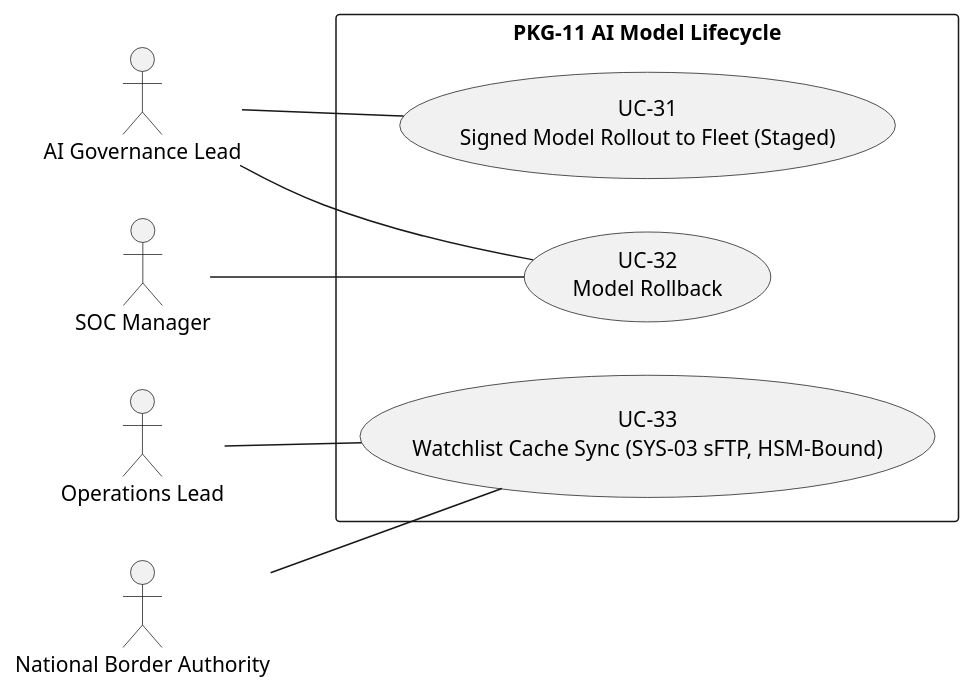
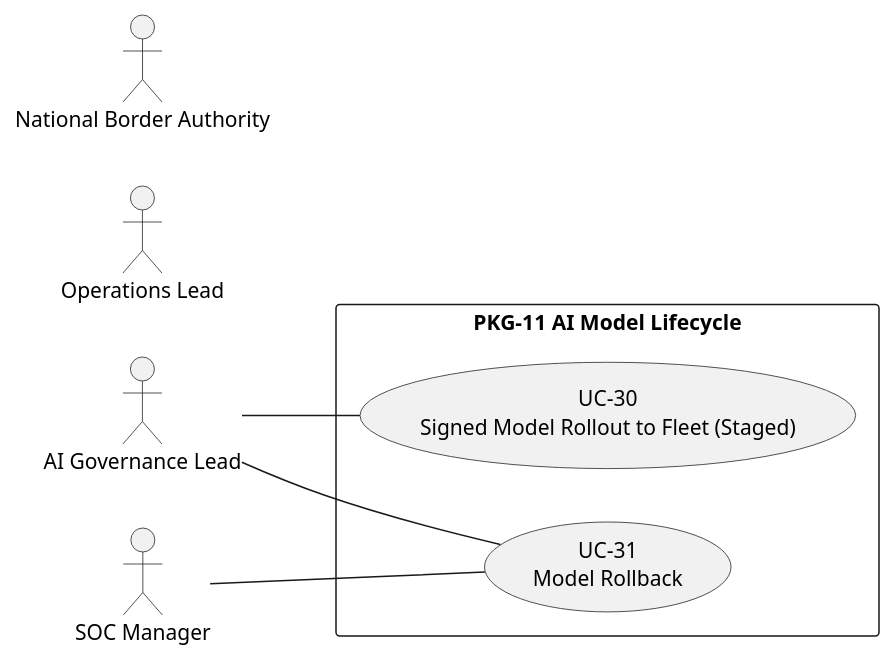
The fifth of 6 diagrams in 02_CASES/Case_02_SecureBorder_Solutions/03_PHASE3_DECOMPOSITION/annexes/A_Use_Case_Diagrams.md (pauloribeiro16/Methodology_compact), drawn with PlantUML before and after one commit. The commit also changed other lines of this file and 12 other files, not shown here.

Commit message:
[EXECUTOR] F3 ledger-zero C2: 2 borderline re-laned (UC-30/33 → CAP-11/12, P7) + product renumber UC-16..34; Doc21 v1.7 (34 UCs) + Doc31 v1.3 (12 CAP cards + articulation) + annexes/SVGs re-rendered; gates: verify_rich 8/8 (34=34), audit 100%, mermaid 196/196

````diff
--- a/02_CASES/Case_02_SecureBorder_Solutions/03_PHASE3_DECOMPOSITION/annexes/A_Use_Case_Diagrams.md
+++ b/02_CASES/Case_02_SecureBorder_Solutions/03_PHASE3_DECOMPOSITION/annexes/A_Use_Case_Diagrams.md
@@ -285,19 +280,16 @@
 ```plantuml
 @startuml
 left to right direction
 actor "AI Governance Lead" as AIG
 actor "Operations Lead" as OPS
 actor "SOC Manager" as SOC
 actor "National Border Authority" as NBA
 rectangle "PKG-11 AI Model Lifecycle" {
-usecase "UC-31\nSigned Model Rollout to Fleet (Staged)" as UC1121
-usecase "UC-32\nModel Rollback" as UC1131
-usecase "UC-33\nWatchlist Cache Sync (SYS-03 sFTP, HSM-Bound)" as UC1151
+usecase "UC-30\nSigned Model Rollout to Fleet (Staged)" as UC1121
+usecase "UC-31\nModel Rollback" as UC1131
 }
 AIG -- UC1121
 AIG -- UC1131
-OPS -- UC1151
 SOC -- UC1131
-NBA -- UC1151
 @enduml
 ```
````
